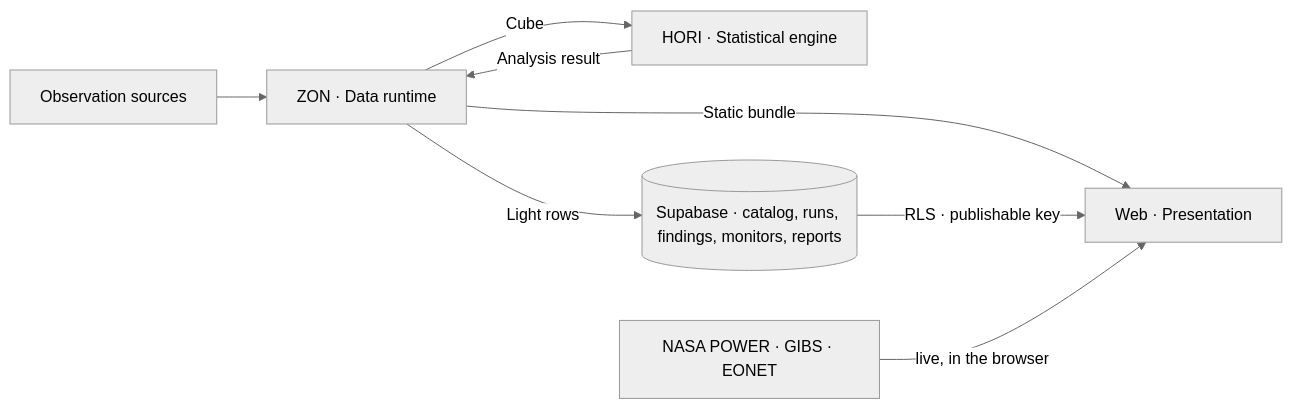
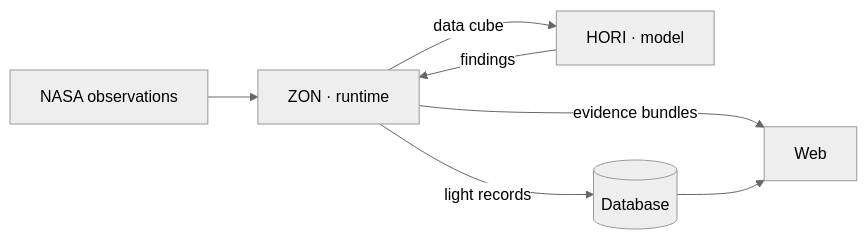
Before and after one commit to diegoramirez772/Horizon-247: the diagram in README.md, drawn with Mermaid (neutral theme). The commit also changed other lines of this file and 11 other files, not shown here.

First line of the commit message:
docs: README nuevo centrado en HORI, ZON y la web; documentación de vista previa en docs/; fuera las carpetas de diseño, marca, pitch y contenido

````diff
--- a/README.md
+++ b/README.md
@@ -106,10 +43,9 @@
 ```mermaid
 flowchart LR
-    S[Observation sources] --> Z[ZON · Data runtime]
-    Z -->|Cube| H[HORI · Statistical engine]
-    H -->|Analysis result| Z
-    Z -->|Static bundle| W[Web · Presentation]
-    Z -->|Light rows| D[(Supabase · catalog, runs, findings, monitors, reports)]
-    D -->|RLS · publishable key| W
-    N[NASA POWER · GIBS · EONET] -->|live, in the browser| W
+    N[NASA observations] --> Z[ZON · runtime]
+    Z -->|data cube| H[HORI · model]
+    H -->|findings| Z
+    Z -->|evidence bundles| W[Web]
+    Z -->|light records| D[(Database)]
+    D --> W
 ```
````
